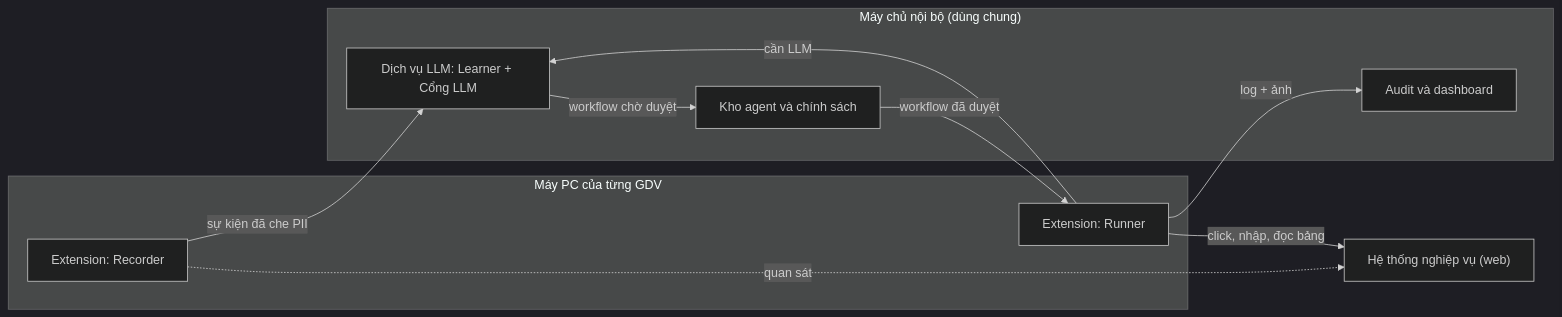
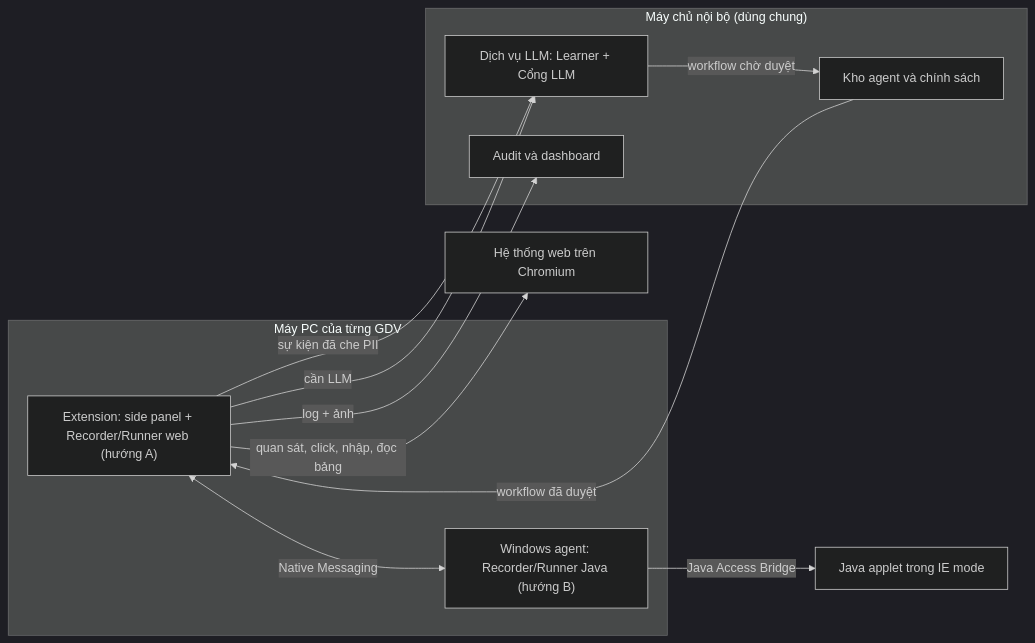
One commit to TrinhVanGioi/rookie-agent changed the first of 2 diagrams in docs/design.md. Above: the diagram before and after it, drawn with Mermaid (dark theme). The commit also changed other lines of this file and 2 other files, not shown here.

First line of the commit message:
Docs: add path B (Windows agent + Java Access Bridge) and form-based functions

````diff
--- a/docs/design.md
+++ b/docs/design.md
@@ -33,20 +42,22 @@
 ```mermaid
 flowchart LR
   subgraph PC["Máy PC của từng GDV"]
-    REC["Extension: Recorder"]
-    RUN["Extension: Runner"]
+    EXT["Extension: side panel + Recorder/Runner web (hướng A)"]
+    WA["Windows agent: Recorder/Runner Java (hướng B)"]
   end
-  BIZ["Hệ thống nghiệp vụ (web)"]
+  WEB["Hệ thống web trên Chromium"]
+  JAVA["Java applet trong IE mode"]
   subgraph SRV["Máy chủ nội bộ (dùng chung)"]
     LLM["Dịch vụ LLM: Learner + Cổng LLM"]
     STORE["Kho agent và chính sách"]
     AUDIT["Audit và dashboard"]
   end
-  REC -. "quan sát" .-> BIZ
-  REC -- "sự kiện đã che PII" --> LLM
+  EXT -- "quan sát, click, nhập, đọc bảng" --> WEB
+  EXT <-- "Native Messaging" --> WA
+  WA -- "Java Access Bridge" --> JAVA
+  EXT -- "sự kiện đã che PII" --> LLM
   LLM -- "workflow chờ duyệt" --> STORE
-  STORE -- "workflow đã duyệt" --> RUN
-  RUN -- "cần LLM" --> LLM
-  RUN -- "log + ảnh" --> AUDIT
-  RUN -- "click, nhập, đọc bảng" --> BIZ
+  STORE -- "workflow đã duyệt" --> EXT
+  EXT -- "cần LLM" --> LLM
+  EXT -- "log + ảnh" --> AUDIT
 ```
````
